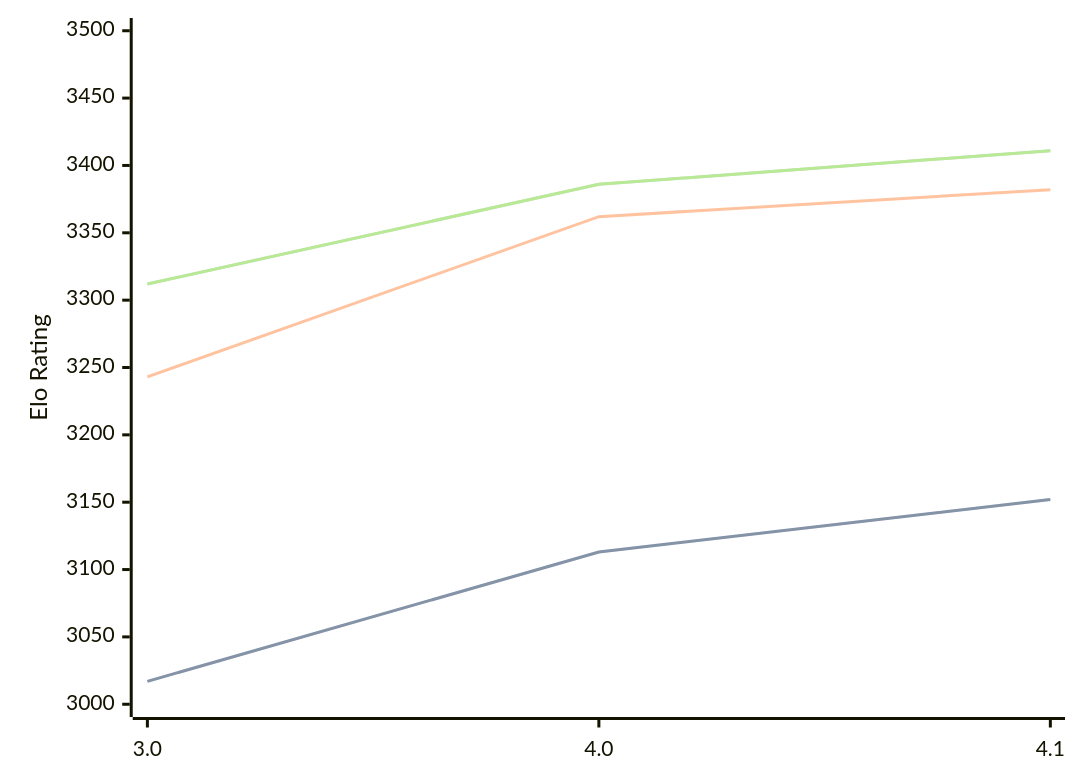
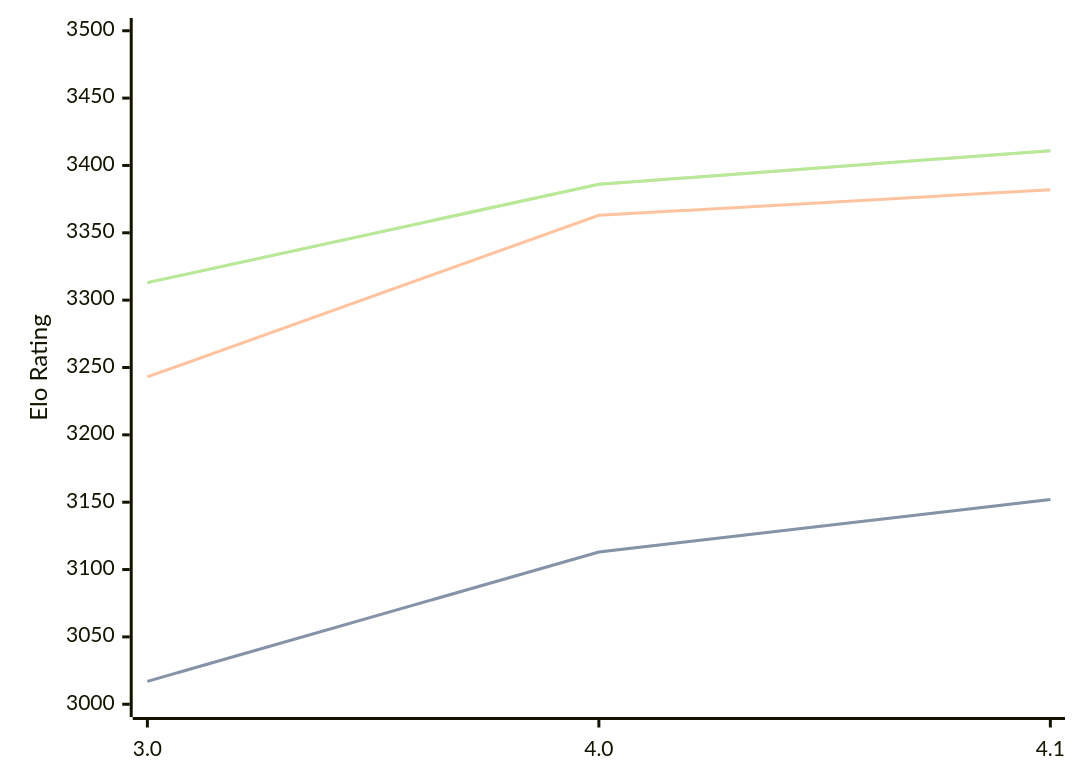
Before and after one commit to computer-chess-index/cci: the diagram in engines/Eleanor.md, drawn with Mermaid. The commit also changed other lines of this file, not shown here.

Commit message:
Update CCI Ratings (ELO VLTC) - 2026-07-30

````diff
--- a/engines/Eleanor.md
+++ b/engines/Eleanor.md
@@ -35,11 +35,11 @@
 ```mermaid
 %%{init: {"theme":"base","themeVariables":{"seriesColors:['#a3a3a3','#222221','#faa371']}}}%%
 xychart-beta
   x-axis ["3.0", "4.0", "4.1"]
   y-axis "Elo Rating" 3000 --> 3500
   line "STC (8.0+0.08s)" [3017, 3113, 3152]
   line "STC (8.0+0.08s)" [3017, 3113, 3152]
-  line "LTC (60.0+0.60s)" [3243, 3362, 3382]
-  line "VLTC (2m24s+1.12s)" [3312, 3386, 3411]
-  line "VLTC (2m24s+1.12s)" [3312, 3386, 3411]
+  line "LTC (60.0+0.60s)" [3243, 3363, 3382]
+  line "VLTC (2m24s+1.12s)" [3313, 3386, 3411]
+  line "VLTC (2m24s+1.12s)" [3313, 3386, 3411]
 ```
````
